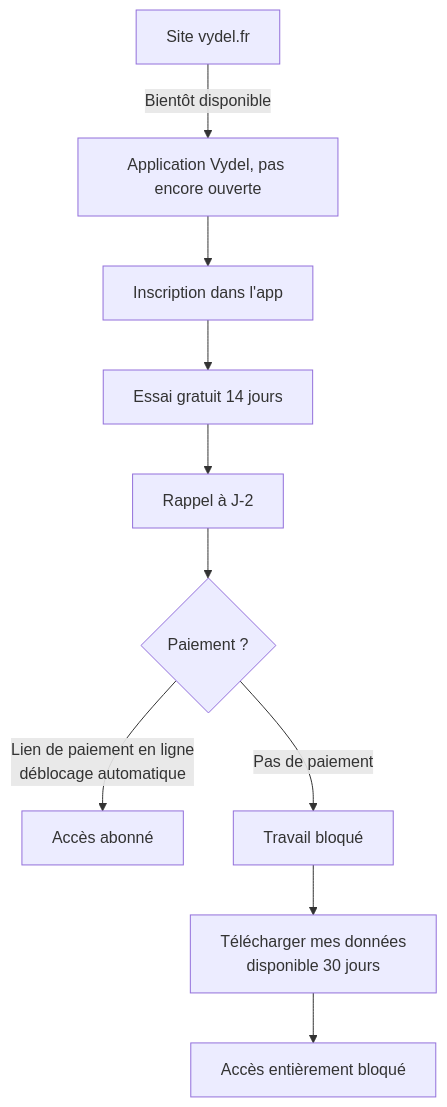
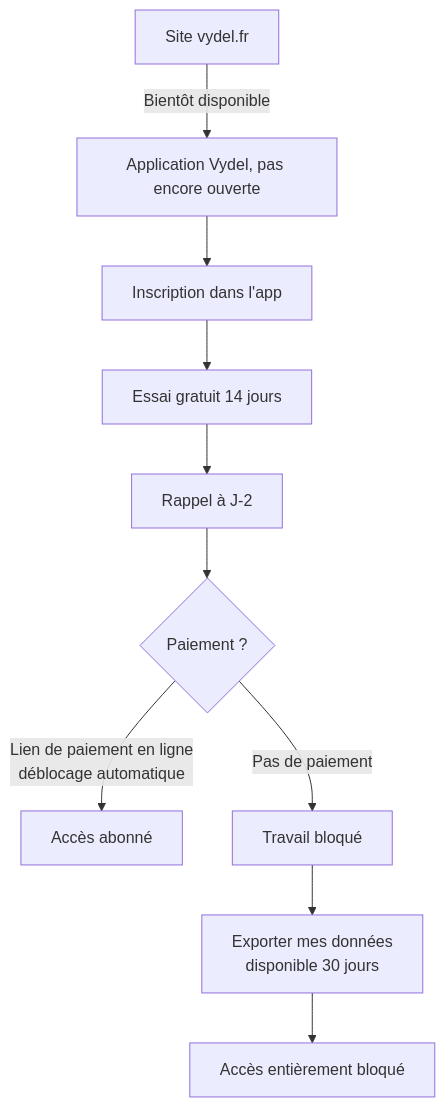
The diagram in README.md (MARIONGOMEZ/vydel-site), drawn with Mermaid before and after one commit. The commit also changed other lines of this file and 2 other files, not shown here.

Commit message:
« Exporter mes données » : même nom que le bouton de l’appli (FAQ, inscription, README)

````diff
--- a/README.md
+++ b/README.md
@@ -56,12 +56,12 @@
 ```mermaid
 flowchart TD
   A[Site vydel.fr] -->|Bientôt disponible| B[Application Vydel, pas encore ouverte]
   B --> C[Inscription dans l'app]
   C --> D[Essai gratuit 14 jours]
   D --> E[Rappel à J-2]
   E --> F{Paiement ?}
   F -->|Lien de paiement en ligne<br/>déblocage automatique| G[Accès abonné]
   F -->|Pas de paiement| H[Travail bloqué]
-  H --> I[Télécharger mes données<br/>disponible 30 jours]
+  H --> I[Exporter mes données<br/>disponible 30 jours]
   I --> J[Accès entièrement bloqué]
 ```
````
